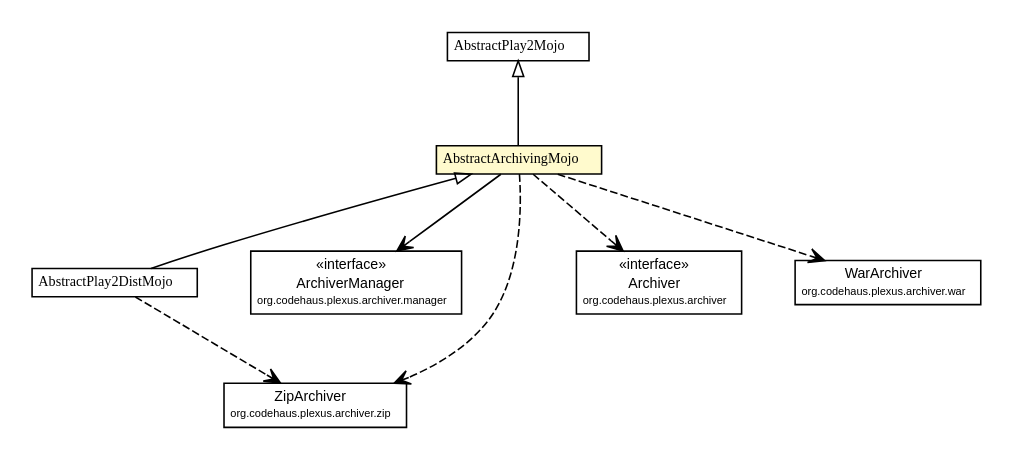
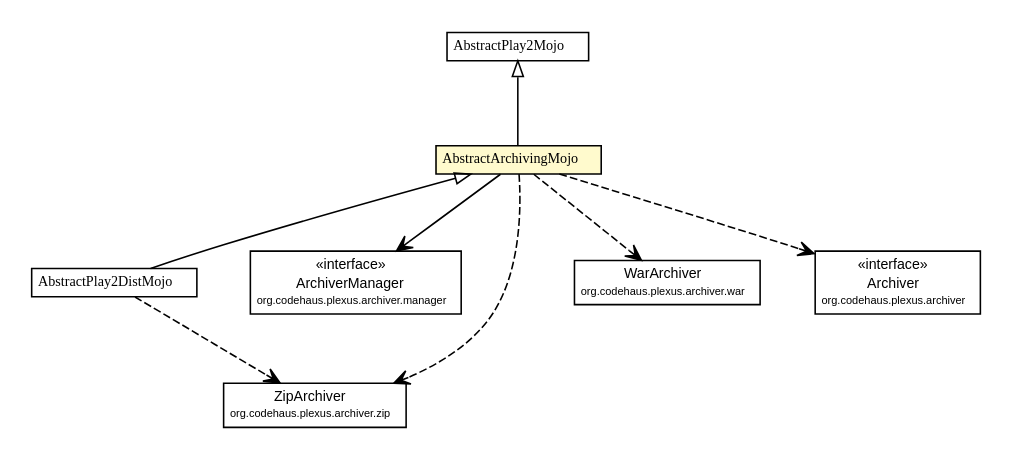
One commit to wouterhardeman/play2-maven-plugin changed the diagram in mavensite/1.0.0-beta2-SNAPSHOT/play2-maven-plugin/apidocs/com/google/code/play2/plugin/AbstractArchivingMojo.dot. Above: the diagram before and after it, drawn with Graphviz. The commit also changed 240 other files, not shown here.

```diff
--- a/mavensite/1.0.0-beta2-SNAPSHOT/play2-maven-plugin/apidocs/com/google/code/play2/plugin/AbstractArchivingMojo.dot
+++ b/mavensite/1.0.0-beta2-SNAPSHOT/play2-maven-plugin/apidocs/com/google/code/play2/plugin/AbstractArchivingMojo.dot
@@ -1,74 +1,74 @@
 #!/usr/local/bin/dot
 #
 # Class diagram 
 # Generated by UMLGraph version R5_6-24-gf6e263 (http://www.umlgraph.org/)
 #
 
 digraph G {
 	edge [fontname="arial",fontsize=10,labelfontname="arial",labelfontsize=10];
 	node [fontname="arial",fontsize=10,shape=plaintext];
 	nodesep=0.25;
 	ranksep=0.5;
 	// com.google.code.play2.plugin.AbstractPlay2Mojo
 	c231 [label=<<table title="com.google.code.play2.plugin.AbstractPlay2Mojo" border="0" cellborder="1" cellspacing="0" cellpadding="2" port="p" href="./AbstractPlay2Mojo.html">
 		<tr><td><table border="0" cellspacing="0" cellpadding="1">
 <tr><td align="center" balign="center"><font face="arial italic"> AbstractPlay2Mojo </font></td></tr>
 		</table></td></tr>
 		</table>>, URL="./AbstractPlay2Mojo.html", fontname="arial", fontcolor="black", fontsize=9.0];
 	// com.google.code.play2.plugin.AbstractPlay2DistMojo
 	c233 [label=<<table title="com.google.code.play2.plugin.AbstractPlay2DistMojo" border="0" cellborder="1" cellspacing="0" cellpadding="2" port="p" href="./AbstractPlay2DistMojo.html">
 		<tr><td><table border="0" cellspacing="0" cellpadding="1">
 <tr><td align="center" balign="center"><font face="arial italic"> AbstractPlay2DistMojo </font></td></tr>
 		</table></td></tr>
 		</table>>, URL="./AbstractPlay2DistMojo.html", fontname="arial", fontcolor="black", fontsize=9.0];
 	// com.google.code.play2.plugin.AbstractArchivingMojo
 	c236 [label=<<table title="com.google.code.play2.plugin.AbstractArchivingMojo" border="0" cellborder="1" cellspacing="0" cellpadding="2" port="p" bgcolor="lemonChiffon" href="./AbstractArchivingMojo.html">
 		<tr><td><table border="0" cellspacing="0" cellpadding="1">
 <tr><td align="center" balign="center"><font face="arial italic"> AbstractArchivingMojo </font></td></tr>
 		</table></td></tr>
 		</table>>, URL="./AbstractArchivingMojo.html", fontname="arial", fontcolor="black", fontsize=9.0];
 	//com.google.code.play2.plugin.AbstractPlay2DistMojo extends com.google.code.play2.plugin.AbstractArchivingMojo
 	c236:p -> c233:p [dir=back,arrowtail=empty];
 	//com.google.code.play2.plugin.AbstractArchivingMojo extends com.google.code.play2.plugin.AbstractPlay2Mojo
 	c231:p -> c236:p [dir=back,arrowtail=empty];
 	// com.google.code.play2.plugin.AbstractArchivingMojo NAVASSOC org.codehaus.plexus.archiver.manager.ArchiverManager
 	c236:p -> c241:p [taillabel="", label="", headlabel="", fontname="arial", fontcolor="black", fontsize=10.0, color="black", arrowhead=open];
 	// com.google.code.play2.plugin.AbstractPlay2DistMojo DEPEND org.codehaus.plexus.archiver.zip.ZipArchiver
 	c233:p -> c243:p [taillabel="", label="", headlabel="", fontname="arial", fontcolor="black", fontsize=10.0, color="black", arrowhead=open, style=dashed];
-	// com.google.code.play2.plugin.AbstractArchivingMojo DEPEND org.codehaus.plexus.archiver.Archiver
-	c236:p -> c245:p [taillabel="", label="", headlabel="", fontname="arial", fontcolor="black", fontsize=10.0, color="black", arrowhead=open, style=dashed];
 	// com.google.code.play2.plugin.AbstractArchivingMojo DEPEND org.codehaus.plexus.archiver.zip.ZipArchiver
 	c236:p -> c243:p [taillabel="", label="", headlabel="", fontname="arial", fontcolor="black", fontsize=10.0, color="black", arrowhead=open, style=dashed];
 	// com.google.code.play2.plugin.AbstractArchivingMojo DEPEND org.codehaus.plexus.archiver.war.WarArchiver
+	c236:p -> c247:p [taillabel="", label="", headlabel="", fontname="arial", fontcolor="black", fontsize=10.0, color="black", arrowhead=open, style=dashed];
+	// com.google.code.play2.plugin.AbstractArchivingMojo DEPEND org.codehaus.plexus.archiver.Archiver
 	c236:p -> c249:p [taillabel="", label="", headlabel="", fontname="arial", fontcolor="black", fontsize=10.0, color="black", arrowhead=open, style=dashed];
 	// org.codehaus.plexus.archiver.manager.ArchiverManager
 	c241 [label=<<table title="org.codehaus.plexus.archiver.manager.ArchiverManager" border="0" cellborder="1" cellspacing="0" cellpadding="2" port="p" href="http://maven-play-plugin.googlecode.com/svn/apidocs/org/codehaus/plexus/plexus-archiver/3.0/org/codehaus/plexus/archiver/manager/ArchiverManager.html">
 		<tr><td><table border="0" cellspacing="0" cellpadding="1">
 <tr><td align="center" balign="center"> &#171;interface&#187; </td></tr>
 <tr><td align="center" balign="center"> ArchiverManager </td></tr>
 <tr><td align="center" balign="center"><font point-size="7.0"> org.codehaus.plexus.archiver.manager </font></td></tr>
 		</table></td></tr>
 		</table>>, URL="http://maven-play-plugin.googlecode.com/svn/apidocs/org/codehaus/plexus/plexus-archiver/3.0/org/codehaus/plexus/archiver/manager/ArchiverManager.html", fontname="arial", fontcolor="black", fontsize=9.0];
 	// org.codehaus.plexus.archiver.war.WarArchiver
-	c249 [label=<<table title="org.codehaus.plexus.archiver.war.WarArchiver" border="0" cellborder="1" cellspacing="0" cellpadding="2" port="p" href="http://maven-play-plugin.googlecode.com/svn/apidocs/org/codehaus/plexus/plexus-archiver/3.0/org/codehaus/plexus/archiver/war/WarArchiver.html">
+	c247 [label=<<table title="org.codehaus.plexus.archiver.war.WarArchiver" border="0" cellborder="1" cellspacing="0" cellpadding="2" port="p" href="http://maven-play-plugin.googlecode.com/svn/apidocs/org/codehaus/plexus/plexus-archiver/3.0/org/codehaus/plexus/archiver/war/WarArchiver.html">
 		<tr><td><table border="0" cellspacing="0" cellpadding="1">
 <tr><td align="center" balign="center"> WarArchiver </td></tr>
 <tr><td align="center" balign="center"><font point-size="7.0"> org.codehaus.plexus.archiver.war </font></td></tr>
 		</table></td></tr>
 		</table>>, URL="http://maven-play-plugin.googlecode.com/svn/apidocs/org/codehaus/plexus/plexus-archiver/3.0/org/codehaus/plexus/archiver/war/WarArchiver.html", fontname="arial", fontcolor="black", fontsize=9.0];
 	// org.codehaus.plexus.archiver.Archiver
-	c245 [label=<<table title="org.codehaus.plexus.archiver.Archiver" border="0" cellborder="1" cellspacing="0" cellpadding="2" port="p" href="http://maven-play-plugin.googlecode.com/svn/apidocs/org/codehaus/plexus/plexus-archiver/3.0/org/codehaus/plexus/archiver/Archiver.html">
+	c249 [label=<<table title="org.codehaus.plexus.archiver.Archiver" border="0" cellborder="1" cellspacing="0" cellpadding="2" port="p" href="http://maven-play-plugin.googlecode.com/svn/apidocs/org/codehaus/plexus/plexus-archiver/3.0/org/codehaus/plexus/archiver/Archiver.html">
 		<tr><td><table border="0" cellspacing="0" cellpadding="1">
 <tr><td align="center" balign="center"> &#171;interface&#187; </td></tr>
 <tr><td align="center" balign="center"> Archiver </td></tr>
 <tr><td align="center" balign="center"><font point-size="7.0"> org.codehaus.plexus.archiver </font></td></tr>
 		</table></td></tr>
 		</table>>, URL="http://maven-play-plugin.googlecode.com/svn/apidocs/org/codehaus/plexus/plexus-archiver/3.0/org/codehaus/plexus/archiver/Archiver.html", fontname="arial", fontcolor="black", fontsize=9.0];
 	// org.codehaus.plexus.archiver.zip.ZipArchiver
 	c243 [label=<<table title="org.codehaus.plexus.archiver.zip.ZipArchiver" border="0" cellborder="1" cellspacing="0" cellpadding="2" port="p" href="http://maven-play-plugin.googlecode.com/svn/apidocs/org/codehaus/plexus/plexus-archiver/3.0/org/codehaus/plexus/archiver/zip/ZipArchiver.html">
 		<tr><td><table border="0" cellspacing="0" cellpadding="1">
 <tr><td align="center" balign="center"> ZipArchiver </td></tr>
 <tr><td align="center" balign="center"><font point-size="7.0"> org.codehaus.plexus.archiver.zip </font></td></tr>
 		</table></td></tr>
 		</table>>, URL="http://maven-play-plugin.googlecode.com/svn/apidocs/org/codehaus/plexus/plexus-archiver/3.0/org/codehaus/plexus/archiver/zip/ZipArchiver.html", fontname="arial", fontcolor="black", fontsize=9.0];
 }
```
